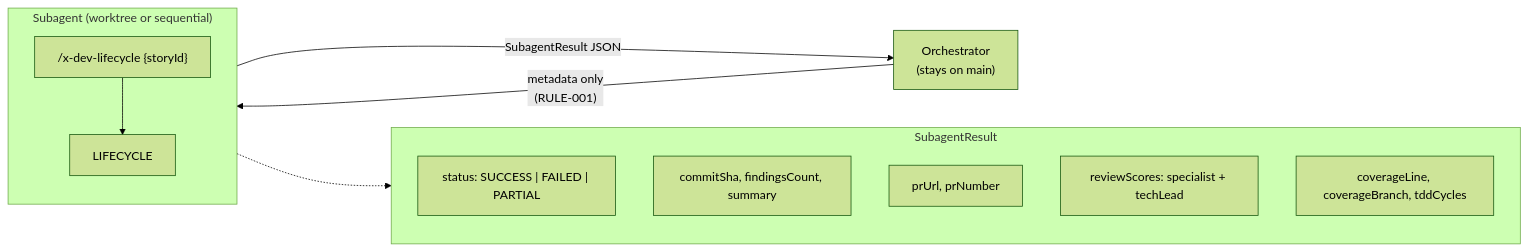
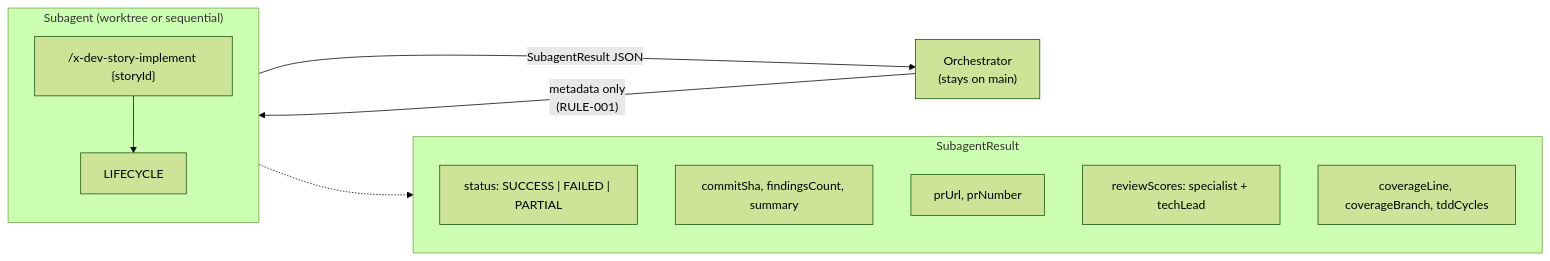
The second of 8 diagrams in java/src/main/resources/targets/claude/skills/core/x-dev-epic-implement/README.md (edercnj/ia-dev-environment), drawn with Mermaid (forest theme) before and after one commit. The commit also changed other lines of this file and 149 other files, not shown here.

````diff
--- a/java/src/main/resources/targets/claude/skills/core/x-dev-epic-implement/README.md
+++ b/java/src/main/resources/targets/claude/skills/core/x-dev-epic-implement/README.md
@@ -89,22 +89,22 @@
 ```mermaid
 flowchart LR
     ORCH["Orchestrator<br/>(stays on main)"] -->|"metadata only<br/>(RULE-001)"| SUB
 
     subgraph SUB["Subagent (worktree or sequential)"]
         direction TB
-        INVOKE["/x-dev-lifecycle {storyId}"] --> LIFECYCLE
+        INVOKE["/x-dev-story-implement {storyId}"] --> LIFECYCLE
     end
 
     LIFECYCLE -->|SubagentResult JSON| ORCH
 
     subgraph RESULT["SubagentResult"]
         direction TB
         R1["status: SUCCESS | FAILED | PARTIAL"]
         R2["commitSha, findingsCount, summary"]
         R3["prUrl, prNumber"]
         R4["reviewScores: specialist + techLead"]
         R5["coverageLine, coverageBranch, tddCycles"]
     end
 
     SUB -.-> RESULT
 ```
````
